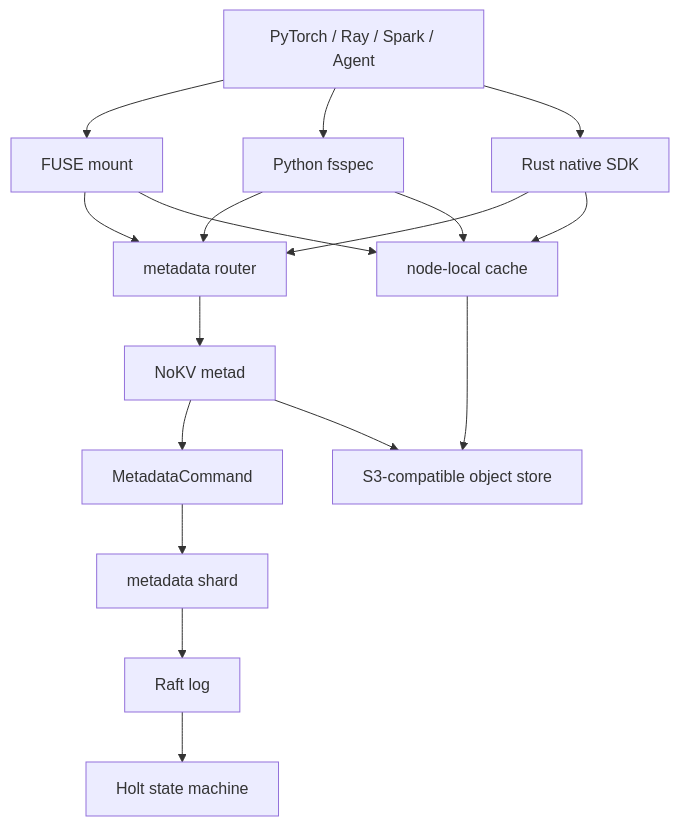
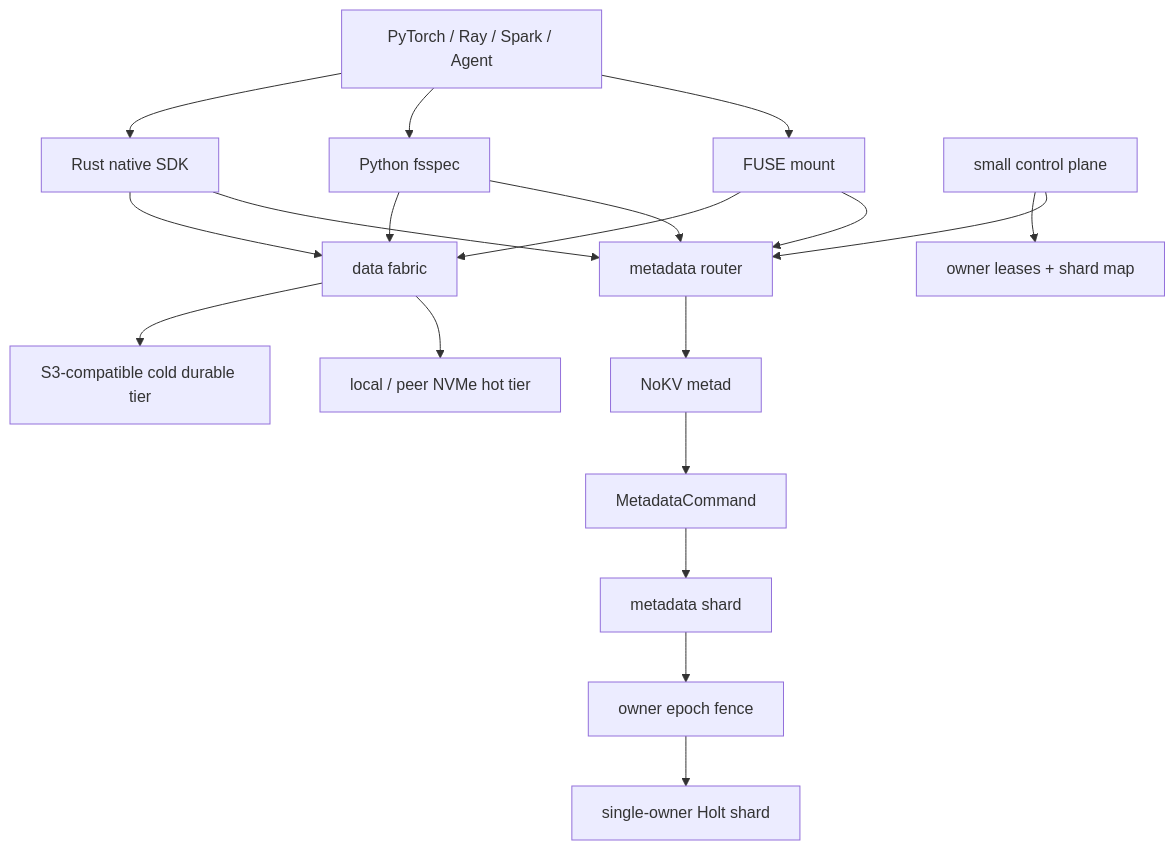
The diagram in docs/product-design.md (feichai0017/NoKV), drawn with Mermaid before and after one commit. The commit also changed other lines of this file and 81 other files, not shown here.

````diff
--- a/docs/product-design.md
+++ b/docs/product-design.md
@@ -82,22 +85,25 @@
 ```mermaid
 flowchart TB
     App["PyTorch / Ray / Spark / Agent"] --> Fuse["FUSE mount"]
     App --> Python["Python fsspec"]
     App --> Rust["Rust native SDK"]
 
     Fuse --> Router["metadata router"]
     Python --> Router
     Rust --> Router
 
     Router --> Metad["NoKV metad"]
     Metad --> Command["MetadataCommand"]
     Command --> Shard["metadata shard"]
-    Shard --> Raft["Raft log"]
-    Raft --> Holt["Holt state machine"]
+    Shard --> Fence["owner epoch fence"]
+    Fence --> Holt["single-owner Holt shard"]
 
-    Fuse --> Cache["node-local cache"]
-    Python --> Cache
-    Rust --> Cache
-    Cache --> Object["S3-compatible object store"]
-    Metad --> Object
+    Control["small control plane"] --> Router
+    Control --> Lease["owner leases + shard map"]
+
+    Fuse --> Fabric["data fabric"]
+    Python --> Fabric
+    Rust --> Fabric
+    Fabric --> NVMe["local / peer NVMe hot tier"]
+    Fabric --> Object["S3-compatible cold durable tier"]
 ```
````
